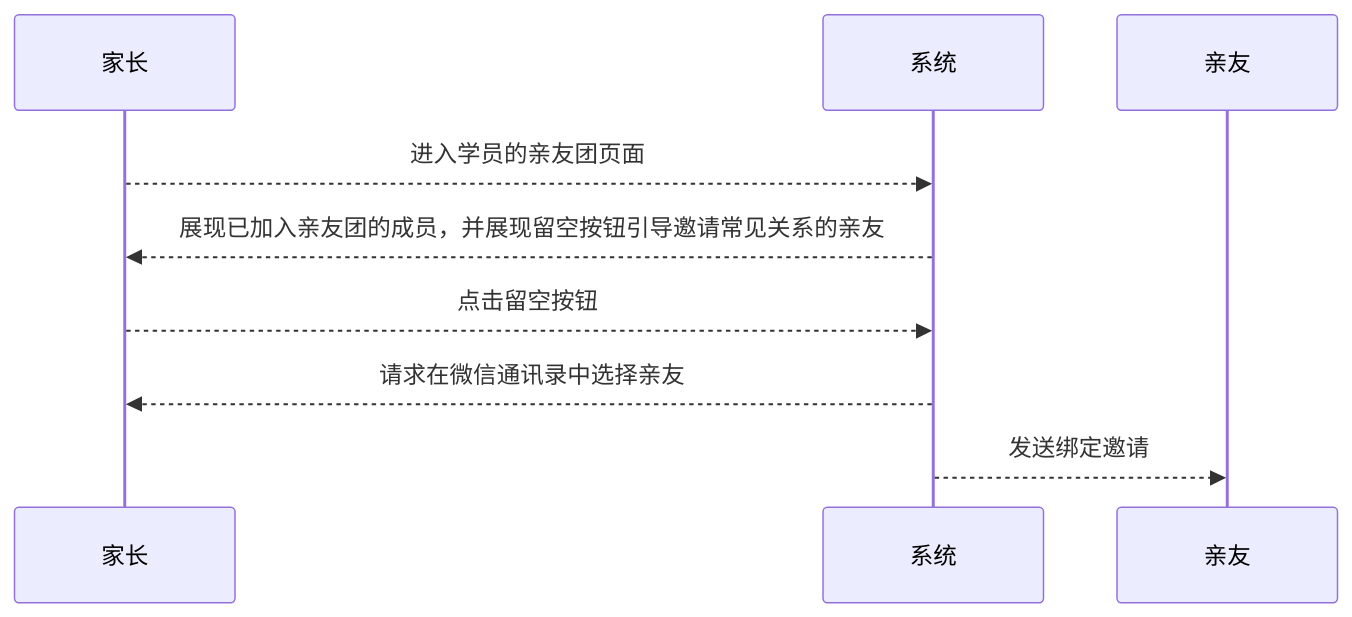
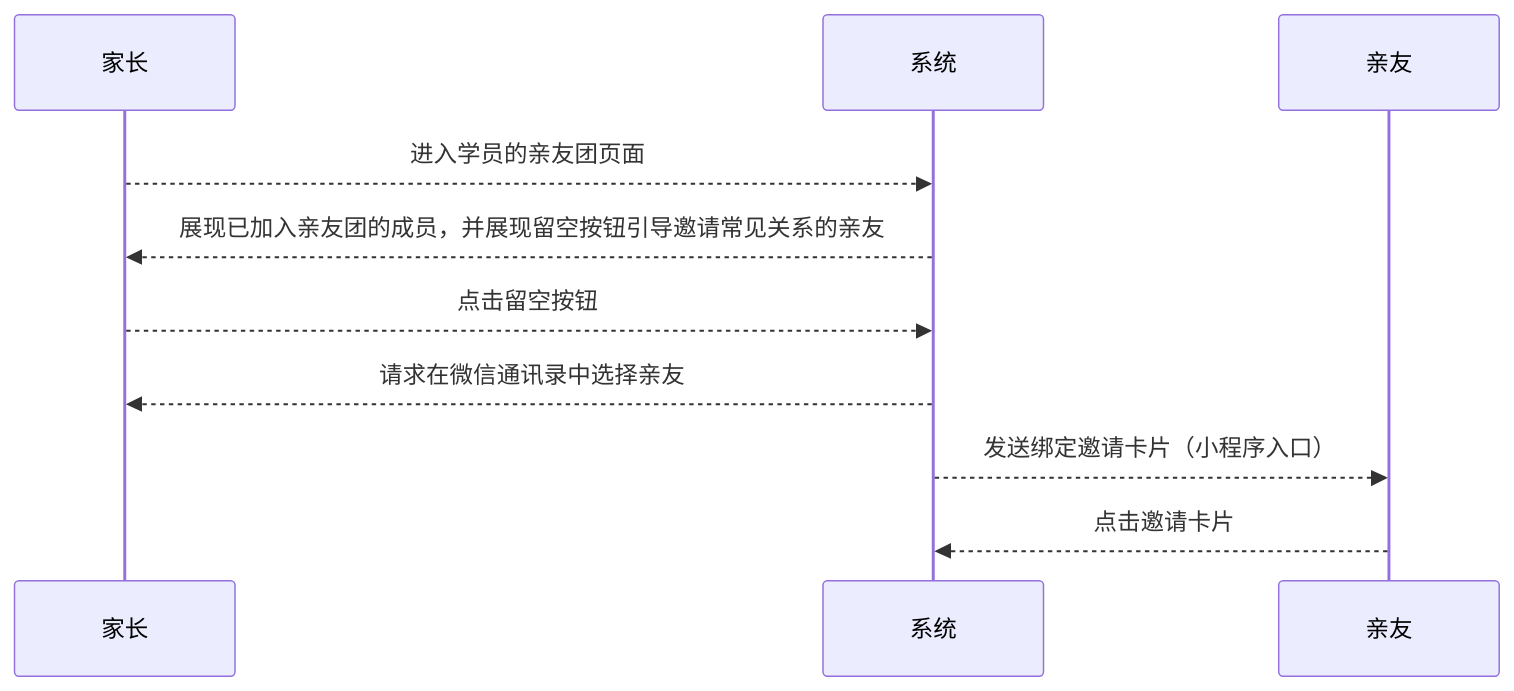
Before and after one commit to world-wide-web/sign: the first of 2 diagrams in 用例/家长-学员关系绑定.md, drawn with Mermaid. The commit also changed other lines of this file, not shown here.

````diff
--- a/用例/家长-学员关系绑定.md
+++ b/用例/家长-学员关系绑定.md
@@ -10,14 +10,16 @@
 ```mermaid
 sequenceDiagram
 
 家长-->>系统: 进入学员的亲友团页面
 
 系统-->>家长: 展现已加入亲友团的成员，并展现留空按钮引导邀请常见关系的亲友
 
 家长-->>系统: 点击留空按钮
 
 系统-->>家长: 请求在微信通讯录中选择亲友
 
-系统-->>亲友: 发送绑定邀请
+系统-->>亲友: 发送绑定邀请卡片（小程序入口）
+
+亲友-->>系统: 点击邀请卡片
 
 ```
````
